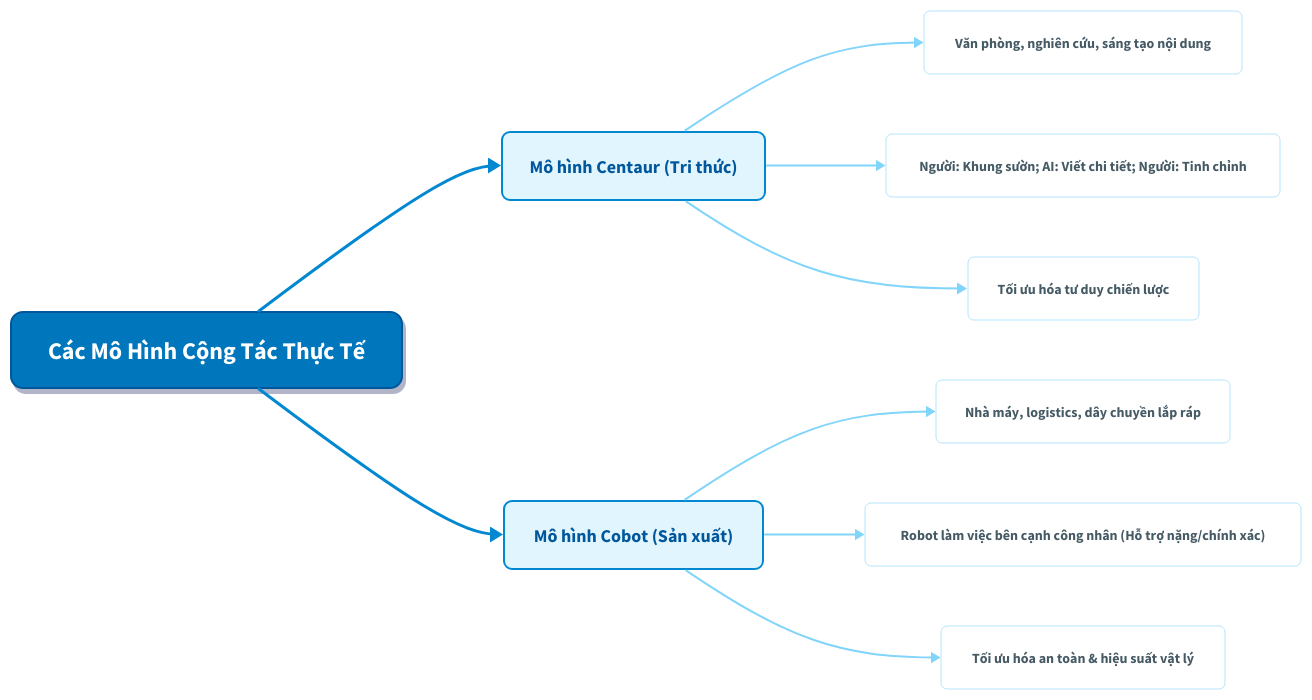
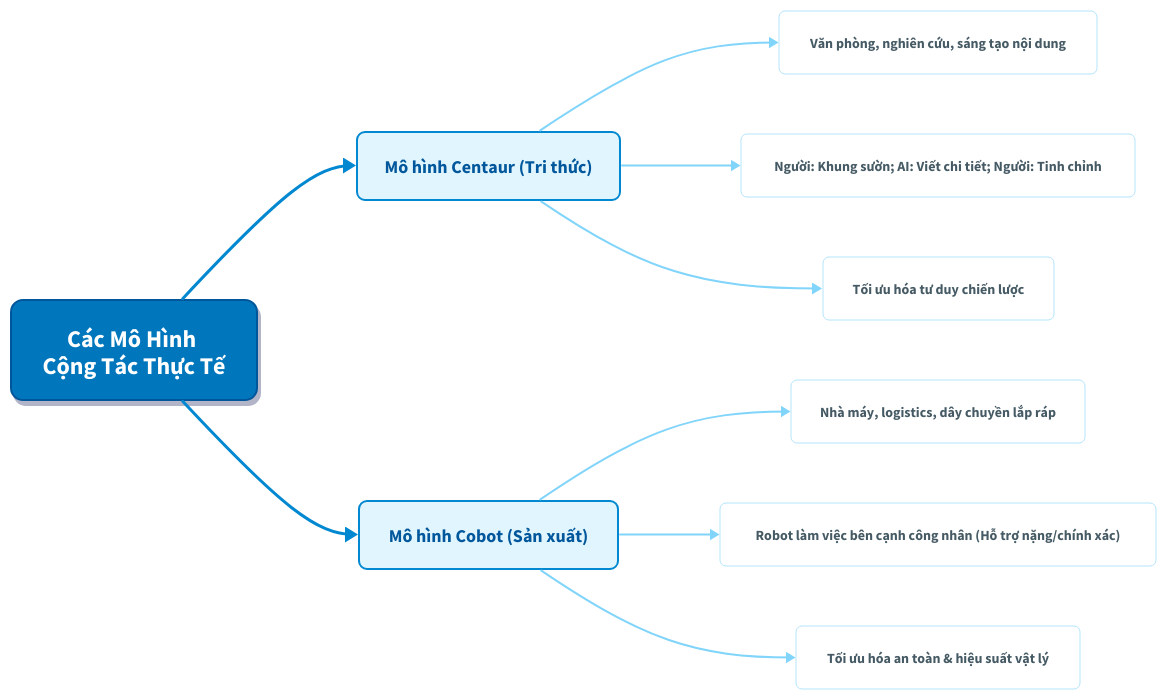
Before and after one commit to sam-uit/typst-report-template: the diagram in content/diagrams/cacmohinhcongtac.d2, drawn with D2.

```diff
--- a/content/diagrams/cacmohinhcongtac.d2
+++ b/content/diagrams/cacmohinhcongtac.d2
@@ -1,78 +1,78 @@
 direction: right
 
 # ------------------------------
 # STYLING CLASSES (Humanist & Clean Blue/White)
 # ------------------------------
 classes: {
   root_node: {
     style: {
       fill: "#0277bd"
       stroke: "#01579b"
       font-color: "#ffffff"
       stroke-width: 2
       border-radius: 12
       shadow: true
       font-size: 24
     }
   }
 
   category_node: {
     style: {
       fill: "#e1f5fe"
       stroke: "#0288d1"
       font-color: "#01579b"
       stroke-width: 2
       border-radius: 8
       font-size: 18
     }
   }
 
   leaf_node: {
     style: {
       fill: "#ffffff"
       stroke: "#b3e5fc"
       font-color: "#455a64"
       stroke-width: 1
       border-radius: 6
       font-size: 14
       stroke-dash: 0
     }
   }
 }
 
 # ------------------------------
 # NODES & CONTENT
 # ------------------------------
 
 # Root
-Root: Các Mô Hình Cộng Tác Thực Tế {class: root_node}
+Root: Các Mô Hình \n Cộng Tác Thực Tế {class: root_node}
 
 # Branch 1: Centaur
 Centaur: Mô hình Centaur (Tri thức) {class: category_node}
 
 C_Env: "Văn phòng, nghiên cứu, sáng tạo nội dung" {class: leaf_node}
 C_Collab: "Người: Khung sườn; AI: Viết chi tiết; Người: Tinh chỉnh" {class: leaf_node}
 C_Value: "Tối ưu hóa tư duy chiến lược" {class: leaf_node}
 
 # Branch 2: Cobot
 Cobot: Mô hình Cobot (Sản xuất) {class: category_node}
 
 Co_Env: "Nhà máy, logistics, dây chuyền lắp ráp" {class: leaf_node}
 Co_Collab: "Robot làm việc bên cạnh công nhân (Hỗ trợ nặng/chính xác)" {class: leaf_node}
 Co_Value: "Tối ưu hóa an toàn & hiệu suất vật lý" {class: leaf_node}
 
 # ------------------------------
 # CONNECTIONS (Curved for Mindmap feel)
 # ------------------------------
 Root -> Centaur: {style: {stroke: "#0288d1"; stroke-width: 3}}
 Root -> Cobot: {style: {stroke: "#0288d1"; stroke-width: 3}}
 
 # Connections for Centaur
 Centaur -> C_Env: {style: {stroke: "#81d4fa"; stroke-width: 2}}
 Centaur -> C_Collab: {style: {stroke: "#81d4fa"; stroke-width: 2}}
 Centaur -> C_Value: {style: {stroke: "#81d4fa"; stroke-width: 2}}
 
 # Connections for Cobot
 Cobot -> Co_Env: {style: {stroke: "#81d4fa"; stroke-width: 2}}
 Cobot -> Co_Collab: {style: {stroke: "#81d4fa"; stroke-width: 2}}
 Cobot -> Co_Value: {style: {stroke: "#81d4fa"; stroke-width: 2}}
```
